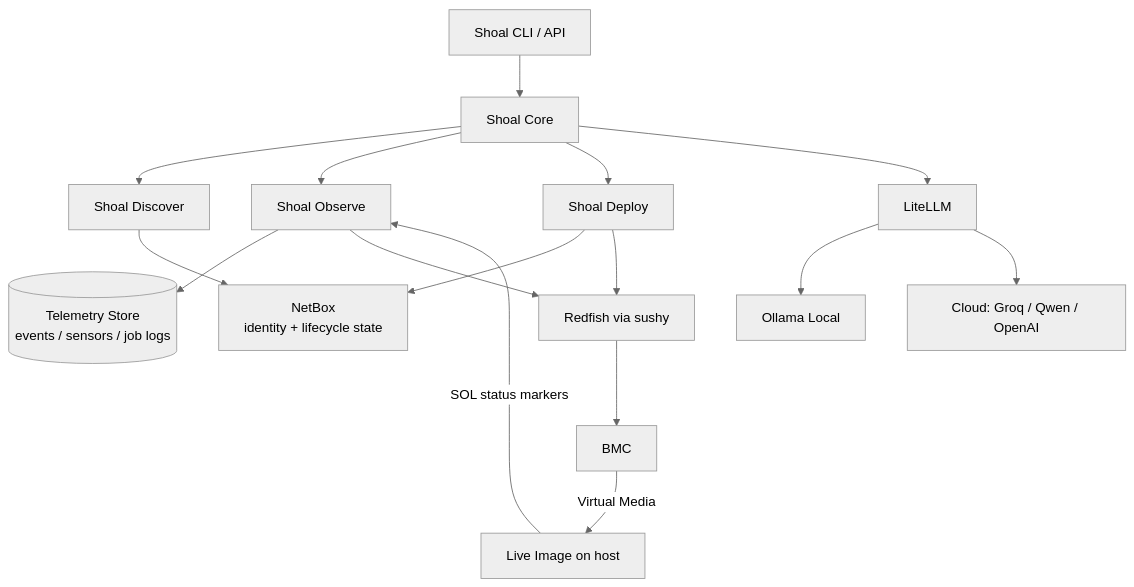
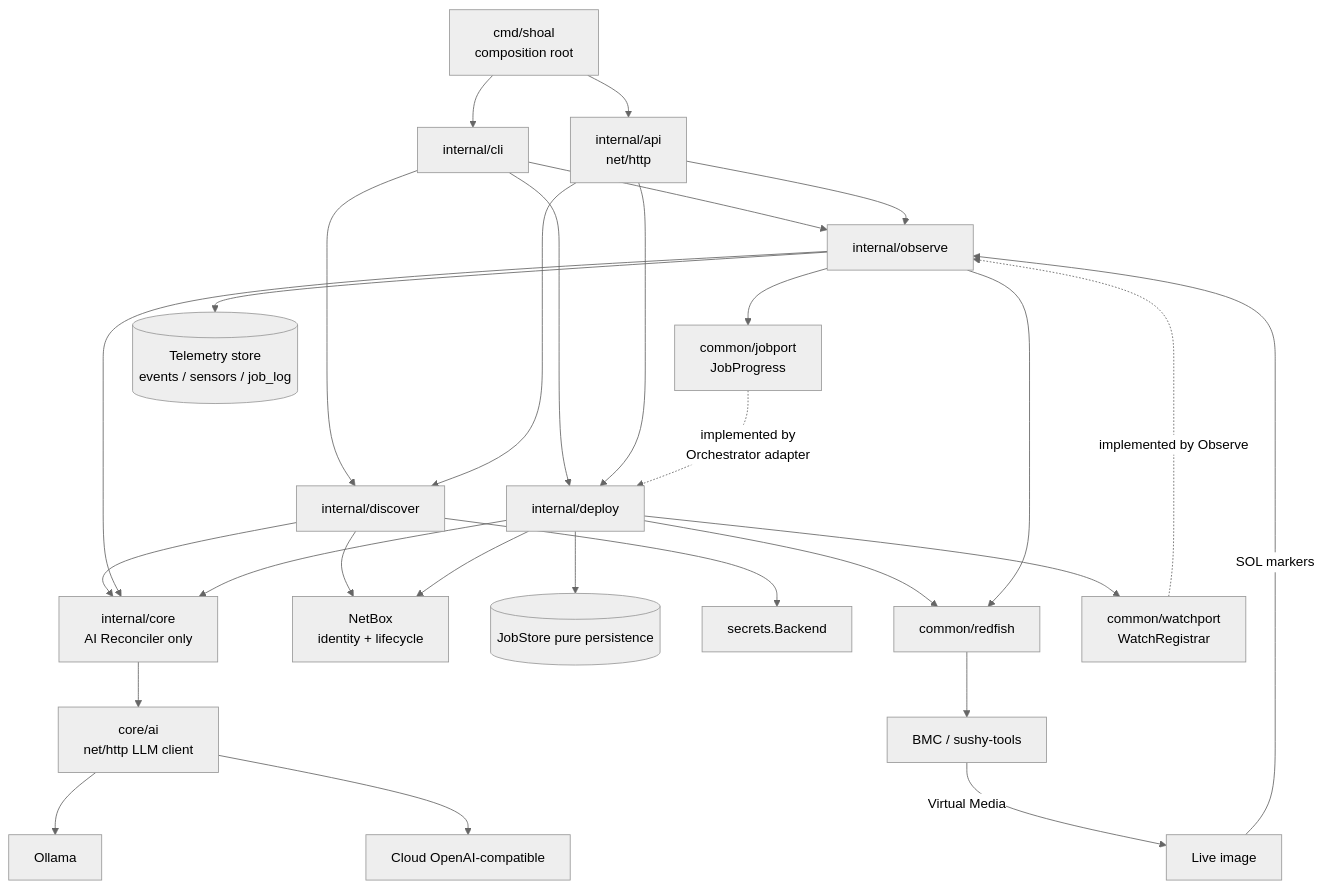
One commit to mattcburns/shoal changed the first of 2 diagrams in SHOAL_COMPREHENSIVE_DESIGN_AND_IMPLEMENTATION_PLAN.md. Above: the diagram before and after it, drawn with Mermaid (neutral theme). The commit also changed other lines of this file and 1 other file, not shown here.

````diff
--- a/SHOAL_COMPREHENSIVE_DESIGN_AND_IMPLEMENTATION_PLAN.md
+++ b/SHOAL_COMPREHENSIVE_DESIGN_AND_IMPLEMENTATION_PLAN.md
@@ -89,21 +155,37 @@
 ```mermaid
 graph TD
-    A[Shoal CLI / API] --> B[Shoal Core]
-    B --> C[Shoal Discover]
-    B --> D[Shoal Observe]
-    B --> E[Shoal Deploy]
+    CMD[cmd/shoal<br/>composition root]
+    CMD --> CLI[internal/cli]
+    CMD --> API[internal/api<br/>net/http]
 
-    C --> F[NetBox<br/>identity + lifecycle state]
-    E --> F
-    D --> TS[(Telemetry Store<br/>events / sensors / job logs)]
+    CLI --> DIS[internal/discover]
+    CLI --> OBS[internal/observe]
+    CLI --> DEP[internal/deploy]
+    API --> DIS
+    API --> OBS
+    API --> DEP
 
-    B --> G[LiteLLM]
-    G --> H[Ollama Local]
-    G --> I[Cloud: Groq / Qwen / OpenAI]
+    DIS --> CORE[internal/core<br/>AI Reconciler only]
+    OBS --> CORE
+    DEP --> CORE
 
-    D --> J[Redfish via sushy]
-    E --> J
-    J --> K[BMC]
-    K -- Virtual Media --> L[Live Image on host]
-    L -- SOL status markers --> D
+    CORE --> AI[core/ai<br/>net/http LLM client]
+    AI --> OLL[Ollama]
+    AI --> CLOUD[Cloud OpenAI-compatible]
+
+    DIS --> NB[NetBox<br/>identity + lifecycle]
+    DEP --> NB
+    DEP --> JS[(JobStore pure persistence)]
+    OBS --> JP[common/jobport<br/>JobProgress]
+    JP -.->|implemented by<br/>Orchestrator adapter| DEP
+    OBS --> TS[(Telemetry store<br/>events / sensors / job_log)]
+
+    DIS --> SEC[secrets.Backend]
+    DEP --> RF[common/redfish]
+    OBS --> RF
+    DEP --> WR[common/watchport<br/>WatchRegistrar]
+    WR -.->|implemented by Observe| OBS
+    RF --> BMC[BMC / sushy-tools]
+    BMC -- Virtual Media --> LIVE[Live image]
+    LIVE -- SOL markers --> OBS
 ```
````
